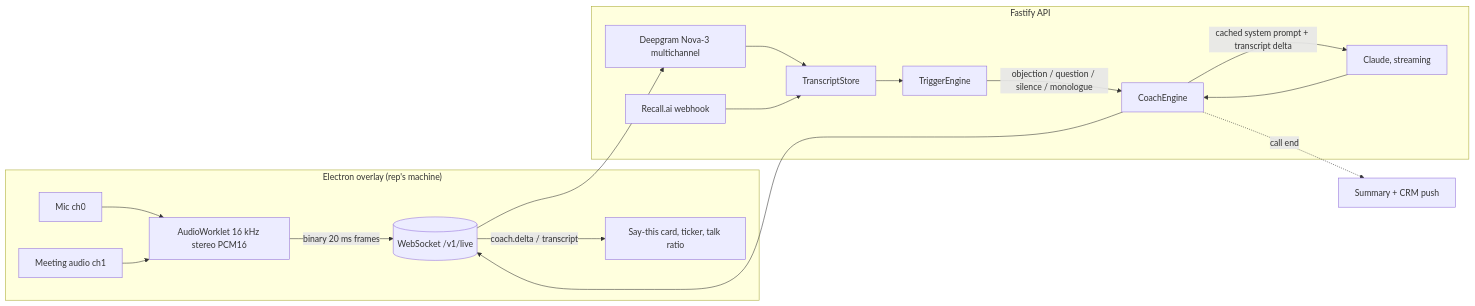
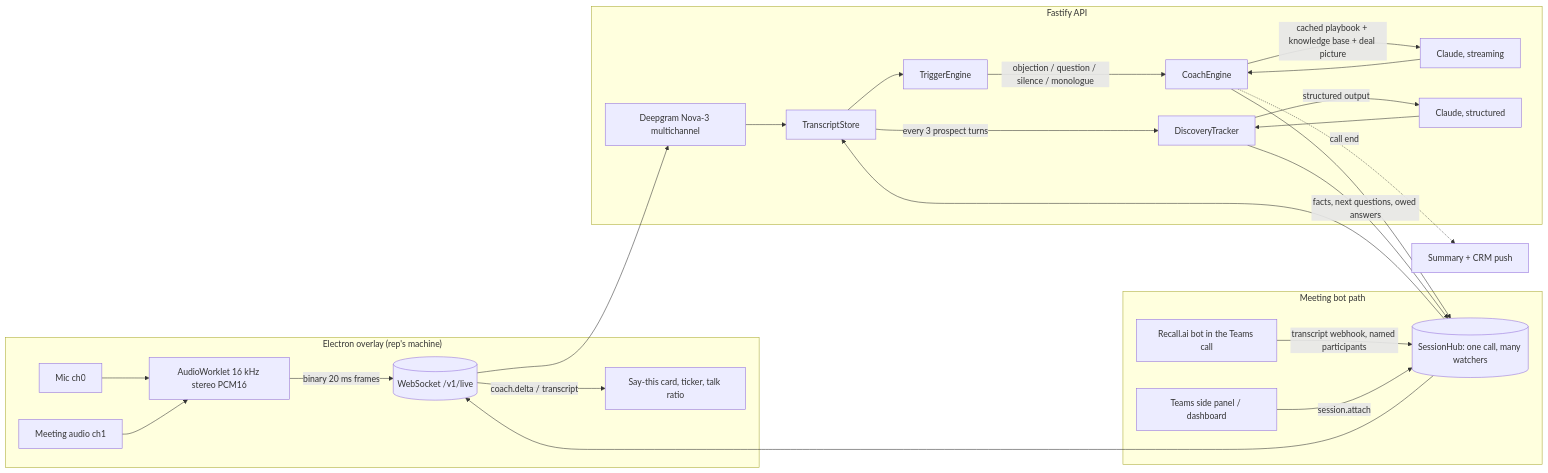
One commit to Mrcloser225/awesome-claude-hacks changed the diagram in the-closer/README.md. Above: the diagram before and after it, drawn with Mermaid. The commit also changed other lines of this file and 31 other files, not shown here.

First line of the commit message:
The Closer: meeting bot path, question answering, discovery tracker

````diff
--- a/the-closer/README.md
+++ b/the-closer/README.md
@@ -38,19 +46,25 @@
 ```mermaid
 flowchart LR
   subgraph Desktop["Electron overlay (rep's machine)"]
     MIC[Mic ch0] --> WK[AudioWorklet 16 kHz stereo PCM16]
     SYS[Meeting audio ch1] --> WK
     WK -- binary 20 ms frames --> WS
     WS -- coach.delta / transcript --> UI[Say-this card, ticker, talk ratio]
   end
+  subgraph Bot["Meeting bot path"]
+    BOT[Recall.ai bot in the Teams call] -- transcript webhook, named participants --> HUB
+    PANEL[Teams side panel / dashboard] -- session.attach --> HUB
+  end
   subgraph API["Fastify API"]
     WS[(WebSocket /v1/live)] --> STT[Deepgram Nova-3 multichannel]
-    STT --> STORE[TranscriptStore]
+    STT --> STORE
+    HUB[(SessionHub: one call, many watchers)] --> STORE[TranscriptStore]
     STORE --> TRIG[TriggerEngine]
     TRIG -- objection / question / silence / monologue --> COACH[CoachEngine]
-    COACH -- cached system prompt + transcript delta --> CLAUDE[Claude, streaming]
-    CLAUDE --> COACH --> WS
-    RECALL[Recall.ai webhook] --> STORE
+    COACH -- cached playbook + knowledge base + deal picture --> CLAUDE[Claude, streaming]
+    CLAUDE --> COACH --> HUB --> WS
+    STORE -- every 3 prospect turns --> TRACK[DiscoveryTracker]
+    TRACK -- structured output --> CLAUDE2[Claude, structured] --> TRACK -- facts, next questions, owed answers --> HUB
   end
   COACH -. call end .-> SUM[Summary + CRM push]
 ```
````
